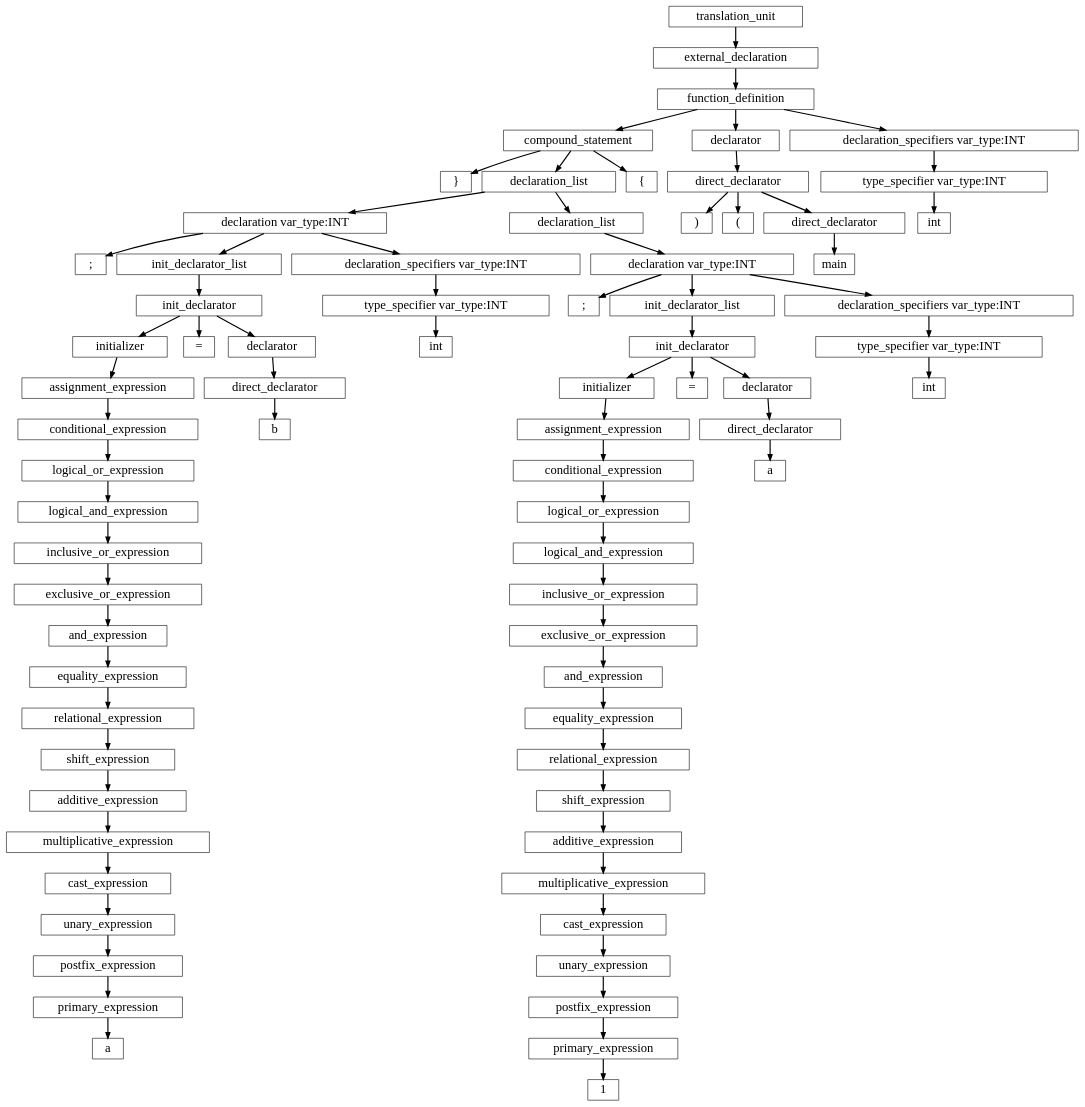
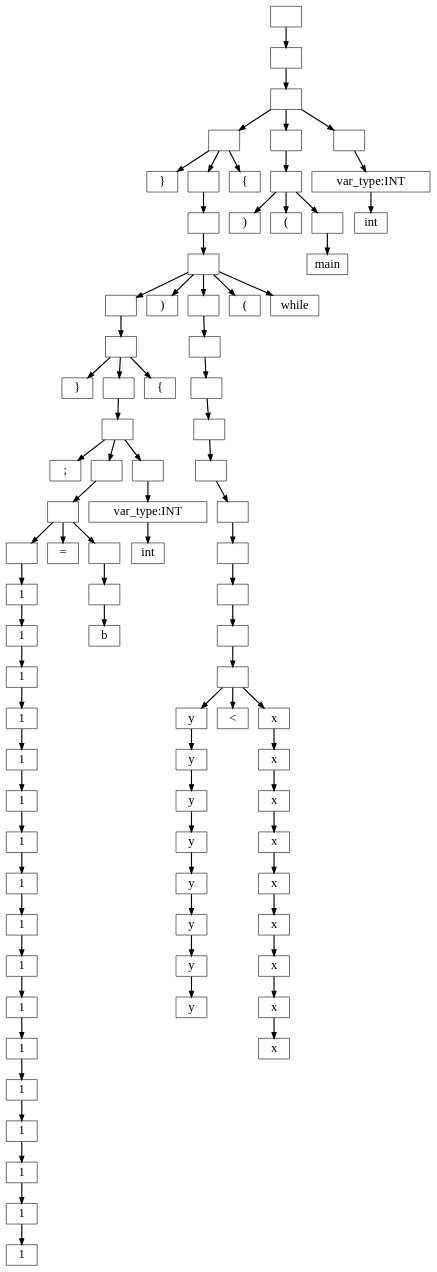
Before and after one commit to SleepinWei/compiler: the diagram in asset/tree.dot, drawn with Graphviz. The commit also changed 13 other files, not shown here.

```diff
--- a/asset/tree.dot
+++ b/asset/tree.dot
@@ -1,155 +1,171 @@
 digraph btree{
 size = " 50, 50"; 
 fontsize = 10; 
 node [shape=box, fontsize=22, fontname=Consolas];
 edge [style=bold]
-689267376[label="translation_unit"];
-689267376->613069392;
-613069392[label="external_declaration"];
-613069392->613069120;
-613069120[label="function_definition"];
-613069120->613068576;
-613068576[label="compound_statement"];
-613068576->612443824;
-612443824[label="}"];
-613068576->613067760;
-613067760[label="declaration_list"];
-613067760->613069936;
-613069936[label="declaration var_type:INT "];
-613069936->612439744;
-612439744[label=";"];
-613069936->613068032;
-613068032[label="init_declarator_list"];
-613068032->613068304;
-613068304[label="init_declarator"];
-613068304->613068848;
-613068848[label="initializer"];
-613068848->613067216;
-613067216[label="assignment_expression"];
-613067216->613067488;
-613067488[label="conditional_expression"];
-613067488->613070208;
-613070208[label="logical_or_expression"];
-613070208->613066944;
-613066944[label="logical_and_expression"];
-613066944->613069664;
-613069664[label="inclusive_or_expression"];
-613069664->613070480;
-613070480[label="exclusive_or_expression"];
-613070480->613079264;
-613079264[label="and_expression"];
-613079264->613086880;
-613086880[label="equality_expression"];
-613086880->613085792;
-613085792[label="relational_expression"];
-613085792->613085520;
-613085520[label="shift_expression"];
-613085520->613085248;
-613085248[label="additive_expression"];
-613085248->613080080;
-613080080[label="multiplicative_expression"];
-613080080->613082256;
-613082256[label="cast_expression"];
-613082256->613082800;
-613082800[label="unary_expression"];
-613082800->613086608;
-613086608[label="postfix_expression"];
-613086608->613081984;
-613081984[label="primary_expression"];
-613081984->612437840;
-612437840[label="a"];
-613068304->612443552;
-612443552[label="="];
-613068304->613084704;
-613084704[label="declarator"];
-613084704->613086064;
-613086064[label="direct_declarator"];
-613086064->612436480;
-612436480[label="b"];
-613069936->613083888;
-613083888[label="declaration_specifiers var_type:INT "];
-613083888->613084976;
-613084976[label="type_specifier var_type:INT "];
-613084976->612436752;
-612436752[label="int"];
-613067760->613081712;
-613081712[label="declaration_list"];
-613081712->613083344;
-613083344[label="declaration var_type:INT "];
-613083344->612437568;
-612437568[label=";"];
-613083344->613081440;
-613081440[label="init_declarator_list"];
-613081440->613081168;
-613081168[label="init_declarator"];
-613081168->613083072;
-613083072[label="initializer"];
-613083072->613080896;
-613080896[label="assignment_expression"];
-613080896->613080352;
-613080352[label="conditional_expression"];
-613080352->613079536;
-613079536[label="logical_or_expression"];
-613079536->613084432;
-613084432[label="logical_and_expression"];
-613084432->613086336;
-613086336[label="inclusive_or_expression"];
-613086336->613079808;
-613079808[label="exclusive_or_expression"];
-613079808->613084160;
-613084160[label="and_expression"];
-613084160->613083616;
-613083616[label="equality_expression"];
-613083616->613082528;
-613082528[label="relational_expression"];
-613082528->613080624;
-613080624[label="shift_expression"];
-613080624->612441376;
-612441376[label="additive_expression"];
-612441376->612441104;
-612441104[label="multiplicative_expression"];
-612441104->612440832;
-612440832[label="cast_expression"];
-612440832->612442464;
-612442464[label="unary_expression"];
-612442464->612438928;
-612438928[label="postfix_expression"];
-612438928->612438656;
-612438656[label="primary_expression"];
-612438656->612441648;
-612441648[label="1"];
-613081168->612439472;
-612439472[label="="];
-613081168->612442192;
-612442192[label="declarator"];
-612442192->612440560;
-612440560[label="direct_declarator"];
-612440560->612443280;
-612443280[label="a"];
-613083344->612443008;
-612443008[label="declaration_specifiers var_type:INT "];
-612443008->612440288;
-612440288[label="type_specifier var_type:INT "];
-612440288->612437296;
-612437296[label="int"];
-613068576->612442736;
-612442736[label="{"];
-613069120->612441920;
-612441920[label="declarator"];
-612441920->612438384;
-612438384[label="direct_declarator"];
-612438384->612437024;
-612437024[label=")"];
-612438384->612338864;
-612338864[label="("];
-612438384->612438112;
-612438112[label="direct_declarator"];
-612438112->612337232;
-612337232[label="main"];
-613069120->612444096;
-612444096[label="declaration_specifiers var_type:INT "];
-612444096->612439200;
-612439200[label="type_specifier var_type:INT "];
-612439200->612338592;
-612338592[label="int"];
+-1749380384[label=""];
+-1749380384->-1724559920;
+-1724559920[label=""];
+-1724559920->-1724560736;
+-1724560736[label=""];
+-1724560736->-1724561552;
+-1724561552[label=""];
+-1724561552->-1750257472;
+-1750257472[label="}"];
+-1724561552->-1724561824;
+-1724561824[label=""];
+-1724561824->-1724562096;
+-1724562096[label=""];
+-1724562096->-1724562368;
+-1724562368[label=""];
+-1724562368->-1724562912;
+-1724562912[label=""];
+-1724562912->-1724557744;
+-1724557744[label=""];
+-1724557744->-1750255568;
+-1750255568[label="}"];
+-1724557744->-1724555568;
+-1724555568[label=""];
+-1724555568->-1724556384;
+-1724556384[label=""];
+-1724556384->-1750254480;
+-1750254480[label=";"];
+-1724556384->-1724559648;
+-1724559648[label=""];
+-1724559648->-1724558560;
+-1724558560[label=""];
+-1724558560->-1724556656;
+-1724556656[label=""];
+-1724556656->-1724561008;
+-1724561008[label="1"];
+-1724561008->-1724563184;
+-1724563184[label="1"];
+-1724563184->-1724562640;
+-1724562640[label="1"];
+-1724562640->-1724555840;
+-1724555840[label="1"];
+-1724555840->-1724558288;
+-1724558288[label="1"];
+-1724558288->-1724556928;
+-1724556928[label="1"];
+-1724556928->-1724560464;
+-1724560464[label="1"];
+-1724560464->-1724559104;
+-1724559104[label="1"];
+-1724559104->-1724558016;
+-1724558016[label="1"];
+-1724558016->-1724557472;
+-1724557472[label="1"];
+-1724557472->-1724561280;
+-1724561280[label="1"];
+-1724561280->-1724559376;
+-1724559376[label="1"];
+-1724559376->-1724558832;
+-1724558832[label="1"];
+-1724558832->-1724557200;
+-1724557200[label="1"];
+-1724557200->-1724560192;
+-1724560192[label="1"];
+-1724560192->-1724556112;
+-1724556112[label="1"];
+-1724556112->-1750254752;
+-1750254752[label="1"];
+-1724558560->-1750255840;
+-1750255840[label="="];
+-1724558560->-1749481424;
+-1749481424[label=""];
+-1749481424->-1749487680;
+-1749487680[label=""];
+-1749487680->-1750251488;
+-1750251488[label="b"];
+-1724556384->-1749483328;
+-1749483328[label=""];
+-1749483328->-1749483600;
+-1749483600[label=" var_type:INT "];
+-1749483600->-1750255024;
+-1750255024[label="int"];
+-1724557744->-1750251216;
+-1750251216[label="{"];
+-1724562368->-1750253120;
+-1750253120[label=")"];
+-1724562368->-1749485504;
+-1749485504[label=""];
+-1749485504->-1749487952;
+-1749487952[label=""];
+-1749487952->-1749485776;
+-1749485776[label=""];
+-1749485776->-1749484144;
+-1749484144[label=""];
+-1749484144->-1749482784;
+-1749482784[label=""];
+-1749482784->-1749483872;
+-1749483872[label=""];
+-1749483872->-1749481696;
+-1749481696[label=""];
+-1749481696->-1749481152;
+-1749481152[label=""];
+-1749481152->-1749486048;
+-1749486048[label=""];
+-1749486048->-1749484416;
+-1749484416[label=""];
+-1749484416->-1749481968;
+-1749481968[label="y"];
+-1749481968->-1749486592;
+-1749486592[label="y"];
+-1749486592->-1749486320;
+-1749486320[label="y"];
+-1749486320->-1749486864;
+-1749486864[label="y"];
+-1749486864->-1749480608;
+-1749480608[label="y"];
+-1749480608->-1749483056;
+-1749483056[label="y"];
+-1749483056->-1749482240;
+-1749482240[label="y"];
+-1749482240->-1750255296;
+-1750255296[label="y"];
+-1749484416->-1750250128;
+-1750250128[label="<"];
+-1749484416->-1749482512;
+-1749482512[label="x"];
+-1749482512->-1749487136;
+-1749487136[label="x"];
+-1749487136->-1749480880;
+-1749480880[label="x"];
+-1749480880->-1749484688;
+-1749484688[label="x"];
+-1749484688->-1749487408;
+-1749487408[label="x"];
+-1749487408->-1749480336;
+-1749480336[label="x"];
+-1749480336->-1749485232;
+-1749485232[label="x"];
+-1749485232->-1749484960;
+-1749484960[label="x"];
+-1749484960->-1750252576;
+-1750252576[label="x"];
+-1724562368->-1750256112;
+-1750256112[label="("];
+-1724562368->-1750253664;
+-1750253664[label="while"];
+-1724561552->-1750253936;
+-1750253936[label="{"];
+-1724560736->-1750252032;
+-1750252032[label=""];
+-1750252032->-1750257200;
+-1750257200[label=""];
+-1750257200->-1750250944;
+-1750250944[label=")"];
+-1750257200->-1750256384;
+-1750256384[label="("];
+-1750257200->-1750249856;
+-1750249856[label=""];
+-1750249856->-1750251760;
+-1750251760[label="main"];
+-1724560736->-1750252304;
+-1750252304[label=""];
+-1750252304->-1750256928;
+-1750256928[label=" var_type:INT "];
+-1750256928->-1750254208;
+-1750254208[label="int"];
 }
```
